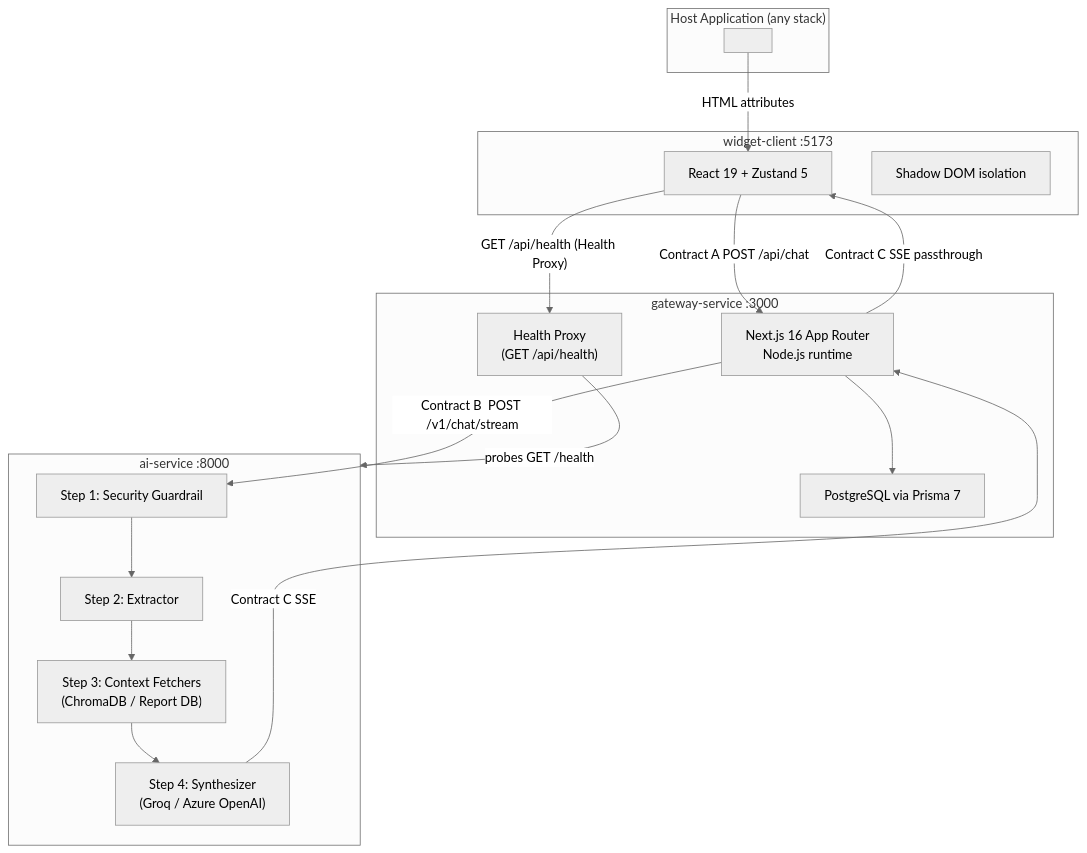
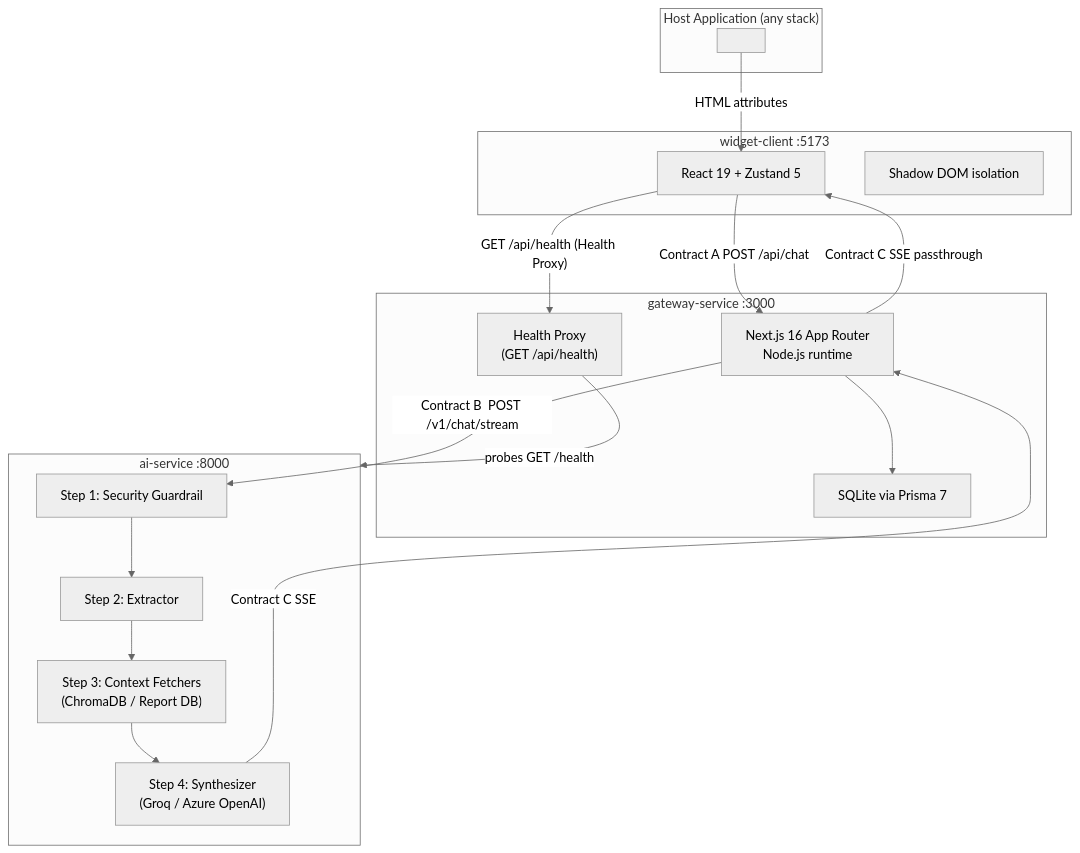
One commit to Manavagarwal2703/compliance-overlay changed the diagram in README.md. Above: the diagram before and after it, drawn with Mermaid (neutral theme). The commit also changed other lines of this file and 6 other files, not shown here.

````diff
--- a/README.md
+++ b/README.md
@@ -23,36 +23,36 @@
 ```mermaid
 flowchart TB
   subgraph host["Host Application (any stack)"]
     WC["<compliance-chat-overlay\nuser-role='reviewer'\nuser-id='usr_123'>"]
   end
 
   subgraph widget["widget-client  :5173"]
     UI["React 19 + Zustand 5"]
     SHADOW["Shadow DOM isolation"]
   end
 
   subgraph gateway["gateway-service  :3000"]
     API["Next.js 16 App Router\nNode.js runtime"]
-    DB["PostgreSQL via Prisma 7"]
+    DB["SQLite via Prisma 7"]
     HP["Health Proxy\n(GET /api/health)"]
   end
 
   subgraph ai["ai-service  :8000"]
     GUARD["Step 1: Security Guardrail"]
     EXTRACT["Step 2: Extractor"]
     FETCH["Step 3: Context Fetchers\n(ChromaDB / Report DB)"]
     SYNTH["Step 4: Synthesizer\n(Groq / Azure OpenAI)"]
   end
 
   WC -->|"HTML attributes"| UI
   UI -->|"Contract A  POST /api/chat"| API
   UI -->|"GET /api/health (Health Proxy)"| HP
   API --> DB
   HP -->|"probes GET /health"| ai
   API -->|"Contract B  POST /v1/chat/stream"| GUARD
   GUARD --> EXTRACT
   EXTRACT --> FETCH
   FETCH --> SYNTH
   SYNTH -->|"Contract C  SSE"| API
   API -->|"Contract C  SSE passthrough"| UI
 ```
````
